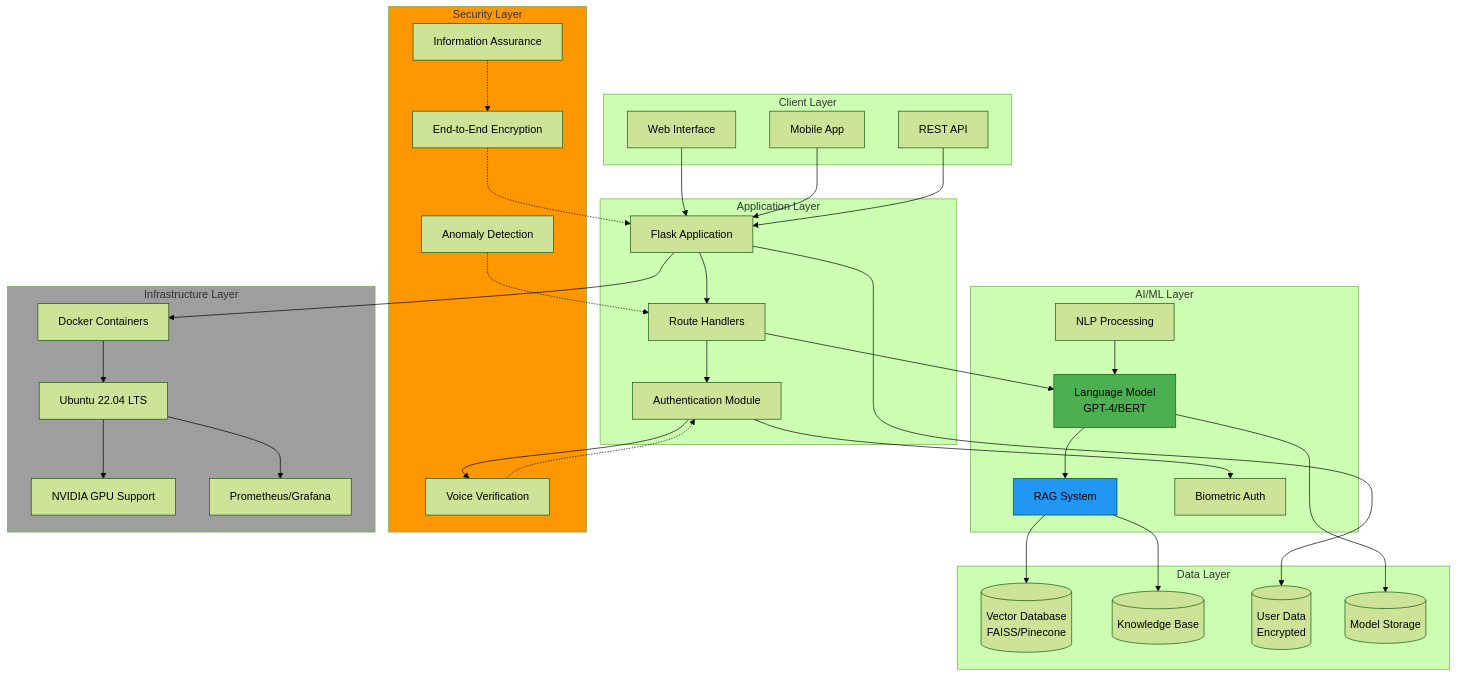
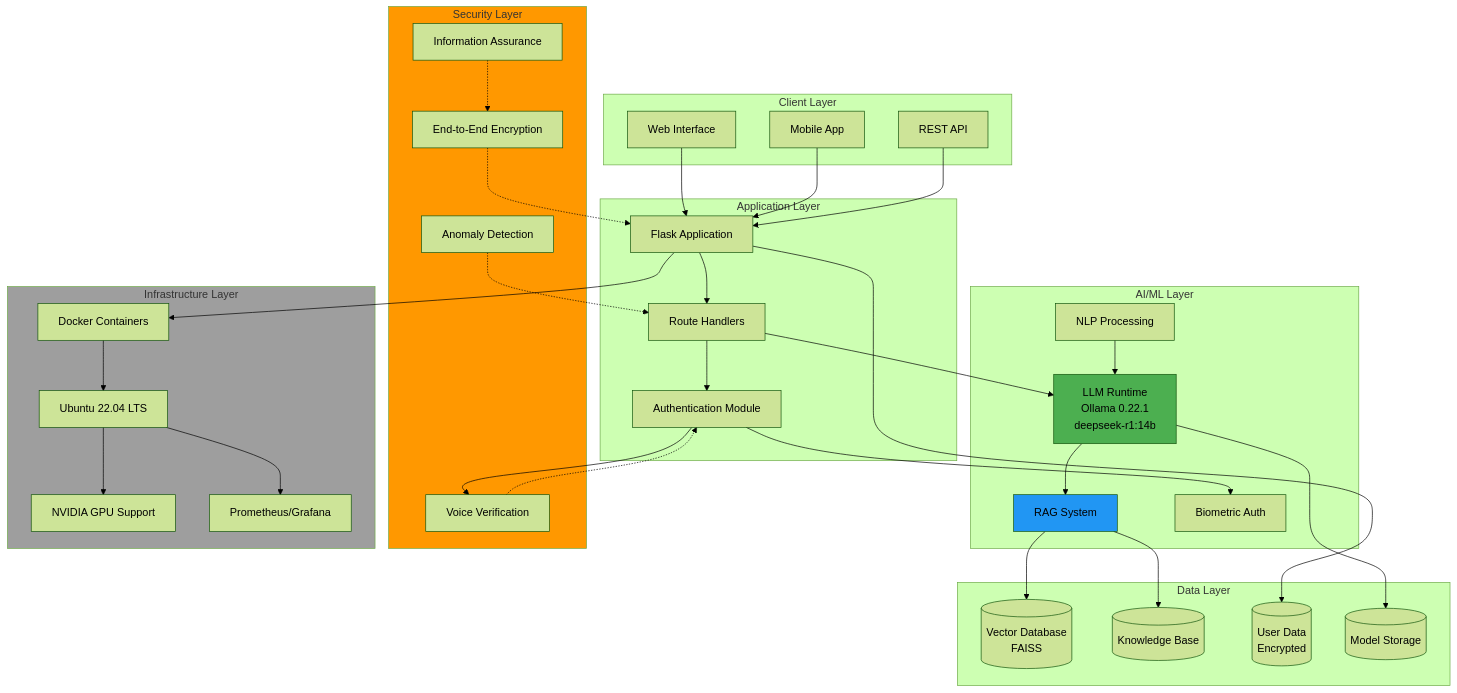
One commit to danindiana/PathfinderLM changed the first of 6 diagrams in README.md. Above: the diagram before and after it, drawn with Mermaid (forest theme). The commit also changed other lines of this file and 21 other files, not shown here.

````diff
--- a/README.md
+++ b/README.md
@@ -72,72 +73,72 @@
 ```mermaid
 graph TB
     subgraph ClientLayer["Client Layer"]
         WebUI[Web Interface]
         MobileUI[Mobile App]
         API[REST API]
     end
 
     subgraph ApplicationLayer["Application Layer"]
         Flask[Flask Application]
         Routes[Route Handlers]
         Auth[Authentication Module]
     end
 
     subgraph AIMLLayer["AI/ML Layer"]
-        LM[Language Model<br/>GPT-4/BERT]
+        LM[LLM Runtime<br/>Ollama 0.22.1<br/>deepseek-r1:14b]
         RAG[RAG System]
         NLP[NLP Processing]
         Biometric[Biometric Auth]
     end
 
     subgraph DataLayer["Data Layer"]
-        VectorDB[(Vector Database<br/>FAISS/Pinecone)]
+        VectorDB[(Vector Database<br/>FAISS)]
         KnowledgeBase[(Knowledge Base)]
         UserData[(User Data<br/>Encrypted)]
         Models[(Model Storage)]
     end
 
     subgraph SecurityLayer["Security Layer"]
         Encryption[End-to-End Encryption]
         VoiceVerif[Voice Verification]
         Anomaly[Anomaly Detection]
         IAFramework[Information Assurance]
     end
 
     subgraph InfrastructureLayer["Infrastructure Layer"]
         Docker[Docker Containers]
         Ubuntu[Ubuntu 22.04 LTS]
         GPU[NVIDIA GPU Support]
         Monitor[Prometheus/Grafana]
     end
 
     WebUI --> Flask
     MobileUI --> Flask
     API --> Flask
     Flask --> Routes
     Routes --> Auth
     Routes --> LM
     LM --> RAG
     RAG --> VectorDB
     RAG --> KnowledgeBase
     NLP --> LM
     Auth --> Biometric
     Auth --> VoiceVerif
     Flask --> UserData
     LM --> Models
 
     Encryption -.-> Flask
     VoiceVerif -.-> Auth
     Anomaly -.-> Routes
     IAFramework -.-> Encryption
 
     Flask --> Docker
     Docker --> Ubuntu
     Ubuntu --> GPU
     Ubuntu --> Monitor
 
     style LM fill:#4CAF50
     style RAG fill:#2196F3
     style SecurityLayer fill:#FF9800
     style InfrastructureLayer fill:#9E9E9E
 ```
````
